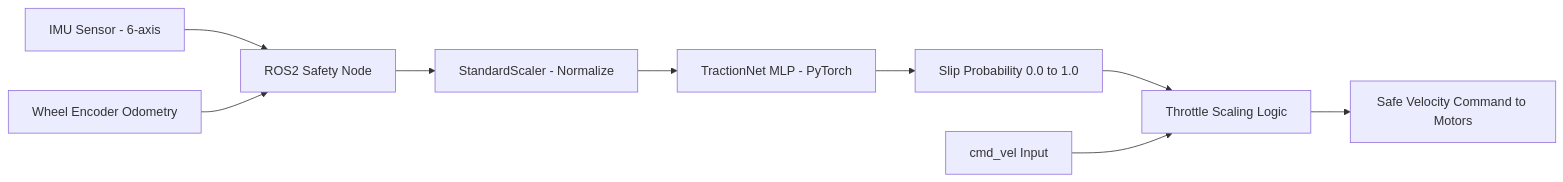
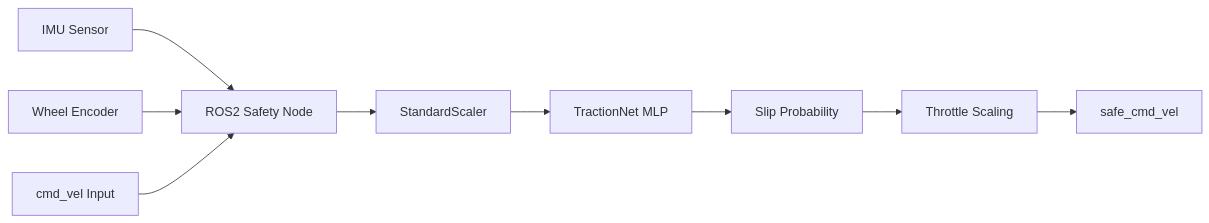
One commit to Rhutvik-pachghare1999/NeuroTraction changed the diagram in README.md. Above: the diagram before and after it, drawn with Mermaid. The commit also changed other lines of this file, not shown here.

First line of the commit message:
Fix R² score badge and enhance REdocs: restructure README to 10/10 recruiter standard with team contributionsADME content

````diff
--- a/README.md
+++ b/README.md
@@ -44,11 +58,11 @@
 ```mermaid
 graph LR
-    A[IMU Sensor - 6-axis] --> D[ROS2 Safety Node]
-    B[Wheel Encoder Odometry] --> D
-    D --> E[StandardScaler - Normalize]
-    E --> F[TractionNet MLP - PyTorch]
-    F --> G[Slip Probability 0.0 to 1.0]
-    G --> H[Throttle Scaling Logic]
-    H --> I[Safe Velocity Command to Motors]
-    C[cmd_vel Input] --> H
+    A[IMU Sensor] --> B[ROS2 Safety Node]
+    C[Wheel Encoder] --> B
+    D[cmd_vel Input] --> B
+    B --> E[StandardScaler]
+    E --> F[TractionNet MLP]
+    F --> G[Slip Probability]
+    G --> H[Throttle Scaling]
+    H --> I[safe_cmd_vel]
 ```
````
